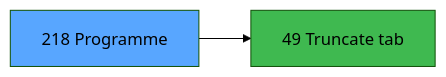
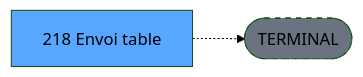
The third of 3 diagrams in .openspec/specs/ADH-IDE-218.md (thonyAGP/lecteur-magic), drawn with Mermaid (forest theme) before and after one commit. The commit also changed other lines of this file and 701 other files, not shown here.

````diff
--- a/.openspec/specs/ADH-IDE-218.md
+++ b/.openspec/specs/ADH-IDE-218.md
@@ -138,8 +140,8 @@
 ```mermaid
 graph LR
-    T[218 Programme]
-    C49[49 Truncate tab]
-    T --> C49
+    T[218    Envoi table ]
+    TERM([TERMINAL])
+    T -.-> TERM
+    style TERM fill:#6b7280,stroke-dasharray: 5 5
     style T fill:#58a6ff,color:#000
-    style C49 fill:#3fb950
 ```
````
